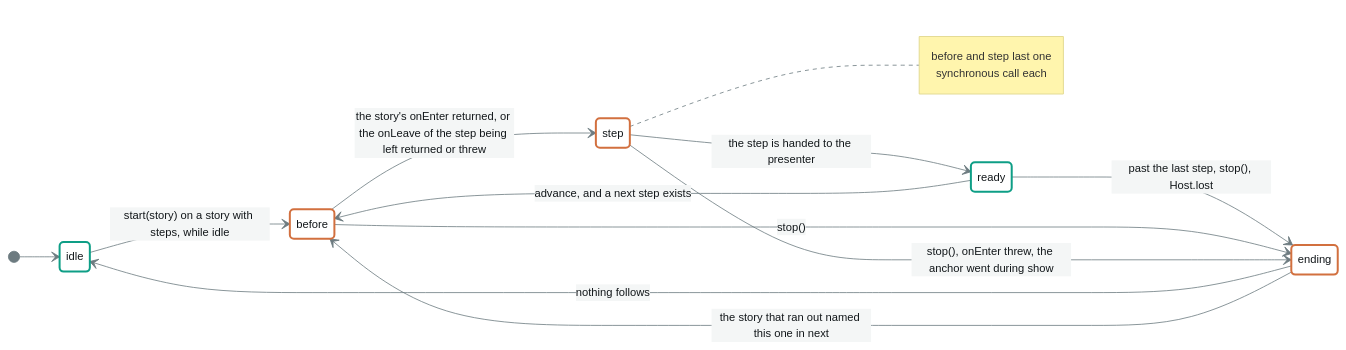
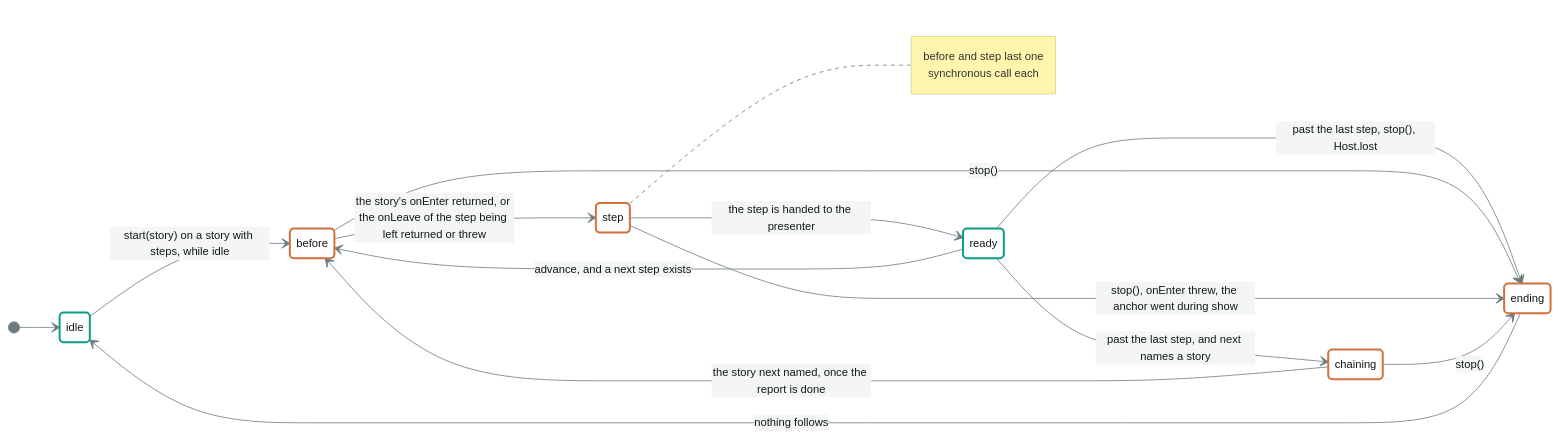
One commit to annetaan/leko changed the first of 2 diagrams in packages/machine/model/phases.md. Above: the diagram before and after it, drawn with Mermaid. The commit also changed other lines of this file and 31 other files, not shown here.

First line of the commit message:
fix: a stop() while a story hands on to the next ends the tour, and the story it named is never entered (fixes #85) (#103)

````diff
--- a/packages/machine/model/phases.md
+++ b/packages/machine/model/phases.md
@@ -40,30 +40,32 @@
 ```mermaid
 %%{init: {'theme':'base','themeVariables':{'background':'#F4F6F6','primaryColor':'#FFFFFF','primaryTextColor':'#12171A','primaryBorderColor':'#9AA6A9','lineColor':'#6D7B80','textColor':'#12171A','edgeLabelBackground':'#F4F6F6','tertiaryColor':'#E9EDED','tertiaryTextColor':'#12171A','fontSize':'14px'}}}%%
 stateDiagram-v2
   direction LR
 
   [*] --> idle
   idle --> before : start(story) on a story with steps, while idle
 
   before --> step : the story's onEnter returned, or the onLeave of the step being left returned or threw
 
   step --> ready : the step is handed to the presenter
 
   ready --> before : advance, and a next step exists
   ready --> ending : past the last step, stop(), Host.lost
+  ready --> chaining : past the last step, and next names a story
   before --> ending : stop()
   step --> ending : stop(), onEnter threw, the anchor went during show
   note right of step
     before and step last one
     synchronous call each
   end note
 
   ending --> idle : nothing follows
-  ending --> before : the story that ran out named this one in next
+  chaining --> ending : stop()
+  chaining --> before : the story next named, once the report is done
 
   classDef open stroke:#0E9E86,stroke-width:2.5px
   classDef shut stroke:#D2703F,stroke-width:2.5px
 
   class idle,ready open
-  class before,step,ending shut
+  class before,step,ending,chaining shut
 ```
````
